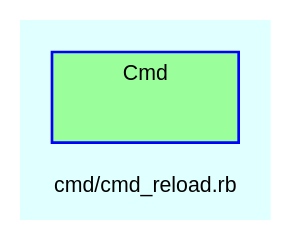
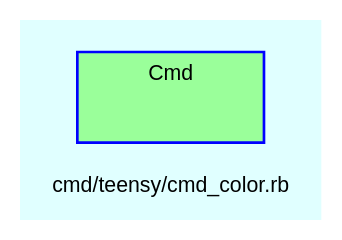
Before and after one commit to Tyche/teensymud: the diagram in doc/dot/f_51.dot, drawn with Graphviz. The commit also changed 297 other files, not shown here.

```diff
--- a/doc/dot/f_51.dot
+++ b/doc/dot/f_51.dot
@@ -1,29 +1,29 @@
 digraph TopLevel {
     compound = true
     bgcolor = lightcyan1
     fontname = Arial
     fontsize = 8
-    label = "cmd/cmd_reload.rb"
+    label = "cmd/teensy/cmd_color.rb"
     node [
         fontname = Arial,
         fontsize = 8,
         color = black
     ]
 
     subgraph cluster_Cmd {
         fillcolor = palegreen1
         URL = "classes/Cmd.html"
         fontname = Arial
         color = blue
         label = "Cmd"
         style = filled
         Cmd [
             shape = plaintext,
             height = 0.01,
             width = 0.75,
             label = ""
         ]
 
     }
 
 }
```
